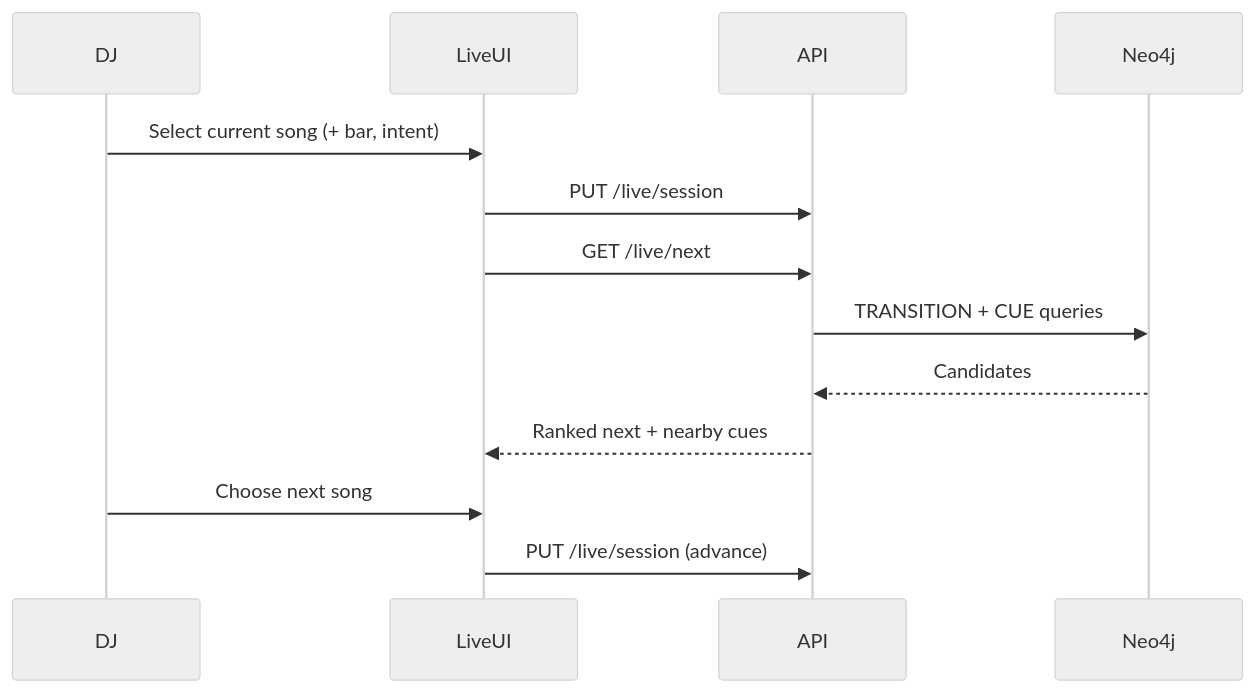
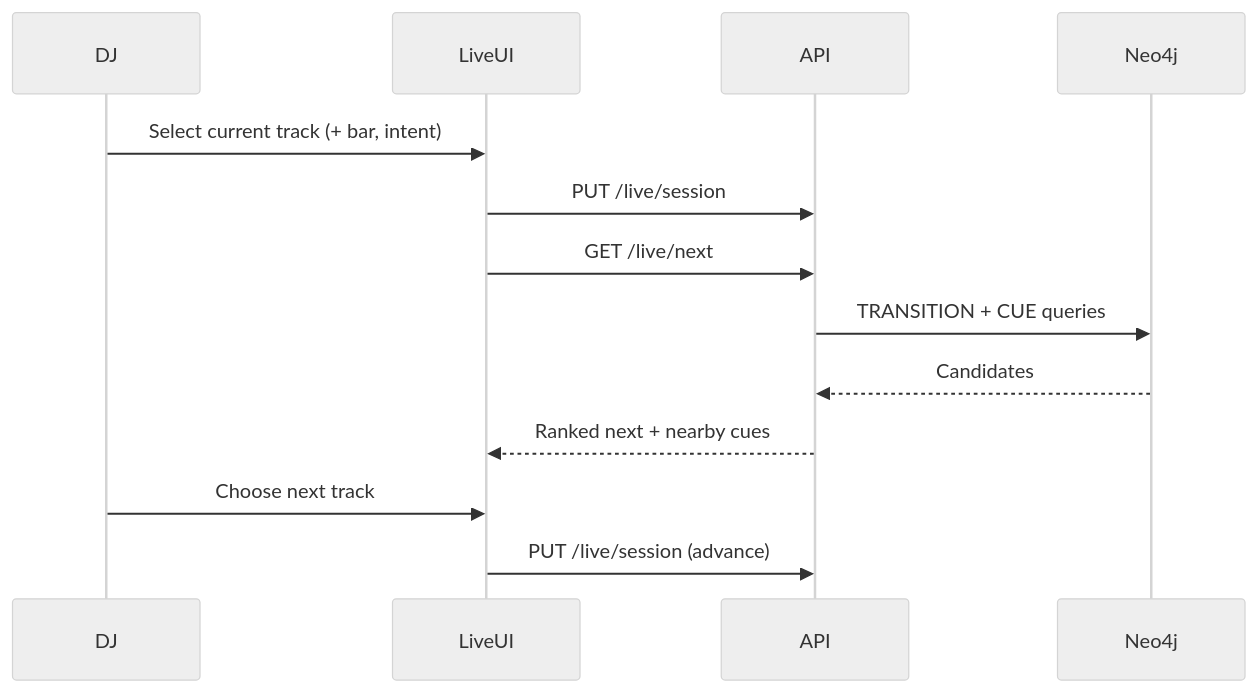
One commit to astradzhao/selecta changed the second of 2 diagrams in dev-files/ARCHITECTURE.md. Above: the diagram before and after it, drawn with Mermaid (neutral theme). The commit also changed other lines of this file and 44 other files, not shown here.

Commit message:
[DJ-59] Rename song → track across codebase (#38)

````diff
--- a/dev-files/ARCHITECTURE.md
+++ b/dev-files/ARCHITECTURE.md
@@ -586,16 +586,16 @@
 ```mermaid
 sequenceDiagram
   participant DJ
   participant LiveUI
   participant API
   participant Neo4j
 
-  DJ->>LiveUI: Select current song (+ bar, intent)
+  DJ->>LiveUI: Select current track (+ bar, intent)
   LiveUI->>API: PUT /live/session
   LiveUI->>API: GET /live/next
   API->>Neo4j: TRANSITION + CUE queries
   Neo4j-->>API: Candidates
   API-->>LiveUI: Ranked next + nearby cues
-  DJ->>LiveUI: Choose next song
+  DJ->>LiveUI: Choose next track
   LiveUI->>API: PUT /live/session (advance)
 ```
````
